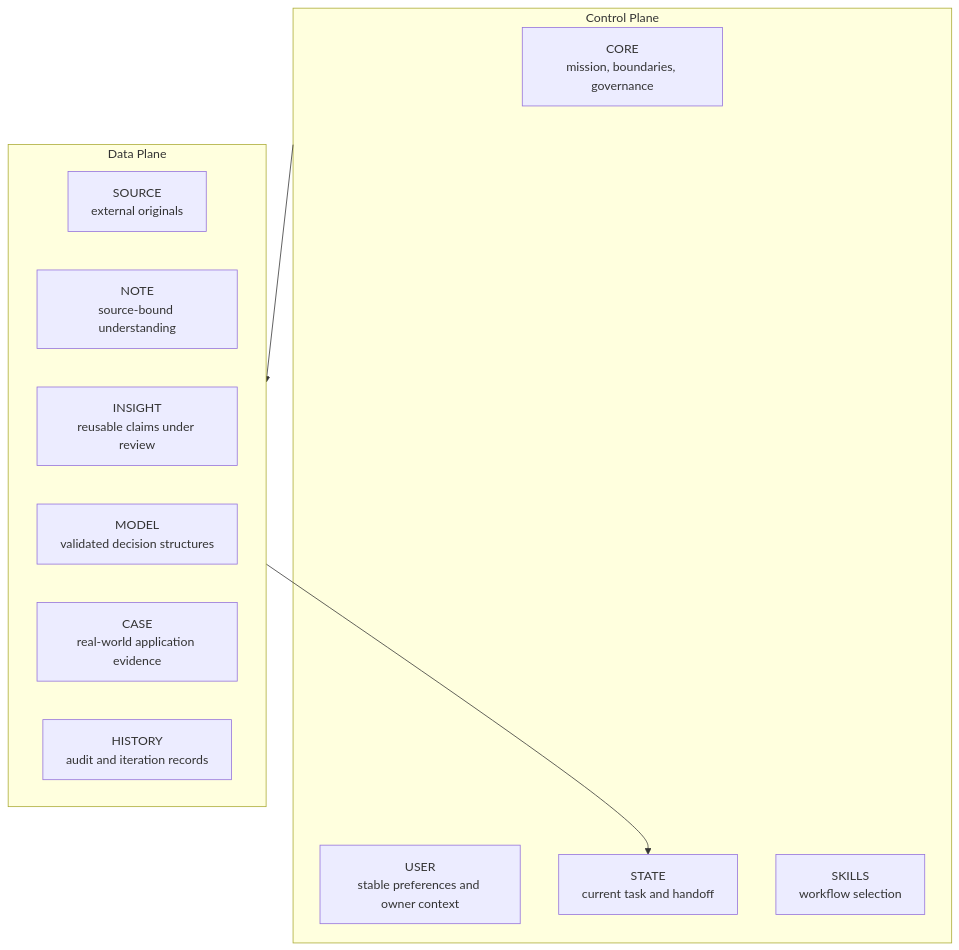
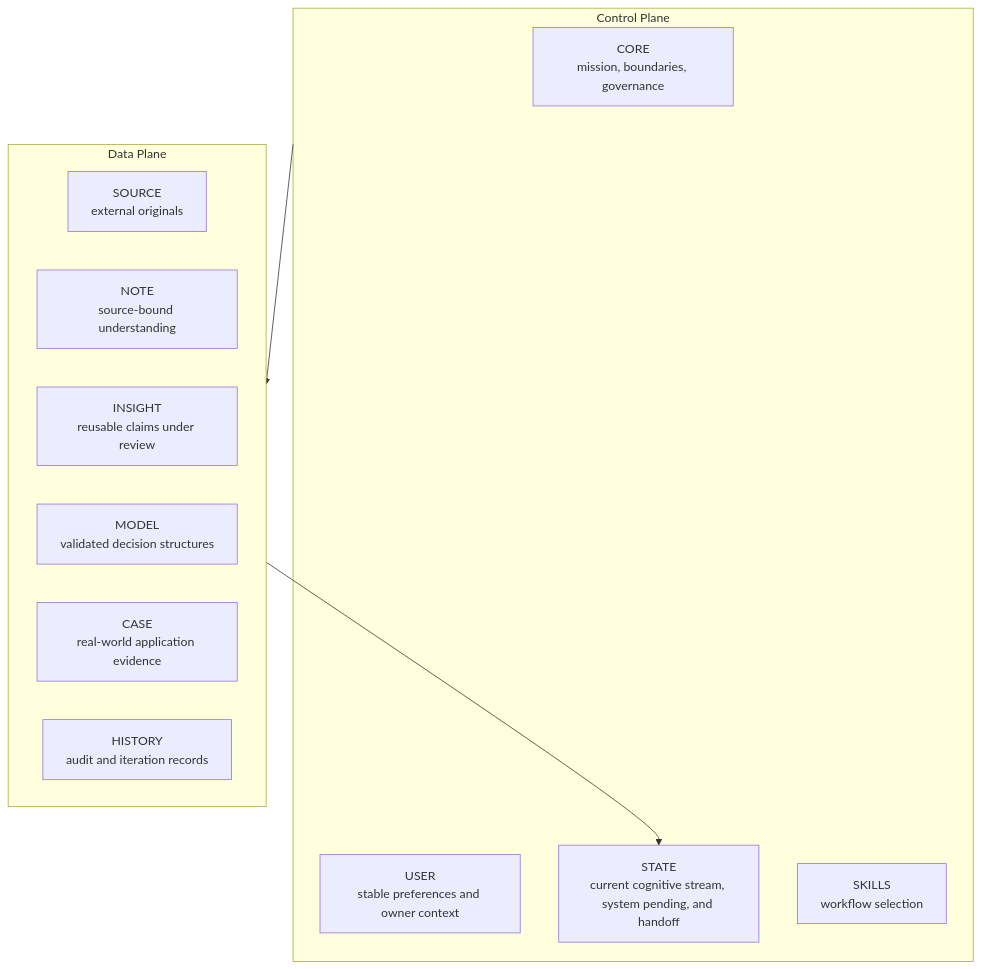
Before and after one commit to yuchengchai404-sketch/personal-world-model-harness: the diagram in docs/architecture.md, drawn with Mermaid. The commit also changed other lines of this file and 7 other files, not shown here.

````diff
--- a/docs/architecture.md
+++ b/docs/architecture.md
@@ -17,21 +17,21 @@
 ```mermaid
 flowchart TB
     subgraph CP["Control Plane"]
         CORE["CORE\nmission, boundaries, governance"]
         USER["USER\nstable preferences and owner context"]
-        STATE["STATE\ncurrent task and handoff"]
+        STATE["STATE\ncurrent cognitive stream, system pending, and handoff"]
         SKILLS["SKILLS\nworkflow selection"]
     end
 
     subgraph DP["Data Plane"]
         SOURCE["SOURCE\nexternal originals"]
         NOTE["NOTE\nsource-bound understanding"]
         INSIGHT["INSIGHT\nreusable claims under review"]
         MODEL["MODEL\nvalidated decision structures"]
         CASE["CASE\nreal-world application evidence"]
         HISTORY["HISTORY\naudit and iteration records"]
     end
 
     CP --> DP
     DP --> STATE
 ```
````
